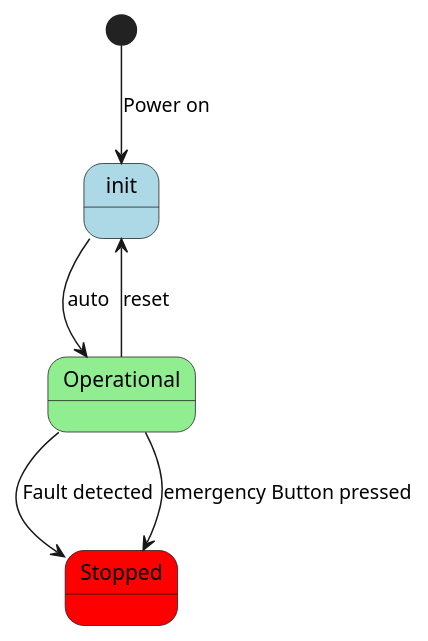
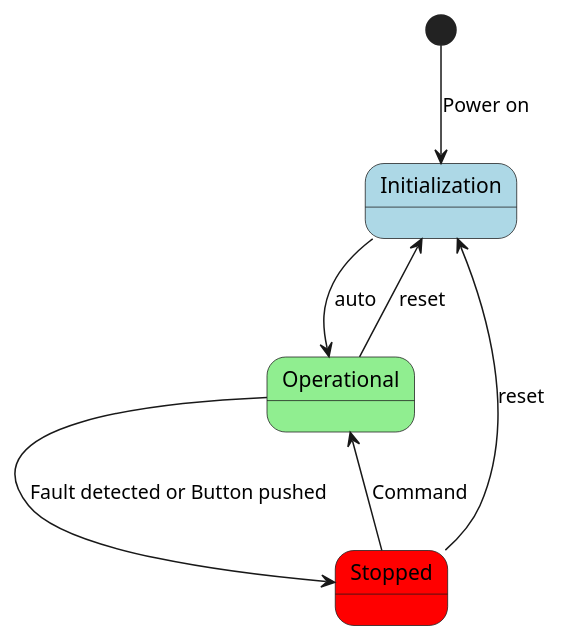
Before and after one commit to Marlenexyz/EMBE-Group: the diagram in docs/Part_2.wsd, drawn with PlantUML. The commit also changed 1 other file, not shown here.

```diff
--- a/docs/Part_2.wsd
+++ b/docs/Part_2.wsd
@@ -1,13 +1,13 @@
 @startuml Part_2
 
-state init #LightBlue
+state Initialization #LightBlue
 state Operational #lightGreen
-[*]-->init: Power on
-init--> Operational: auto
-Operational-->init: reset
+[*]-->Initialization: Power on
+Initialization--> Operational: auto
+Operational-->Initialization: reset
 
 state Stopped #red 
-Operational-->Stopped : Fault detected
-Operational-->Stopped :emergency Button pressed 
-
+Operational-->Stopped : Fault detected or Button pushed
+Stopped-->Initialization: reset
+Stopped--> Operational: Command
 @enduml
```
